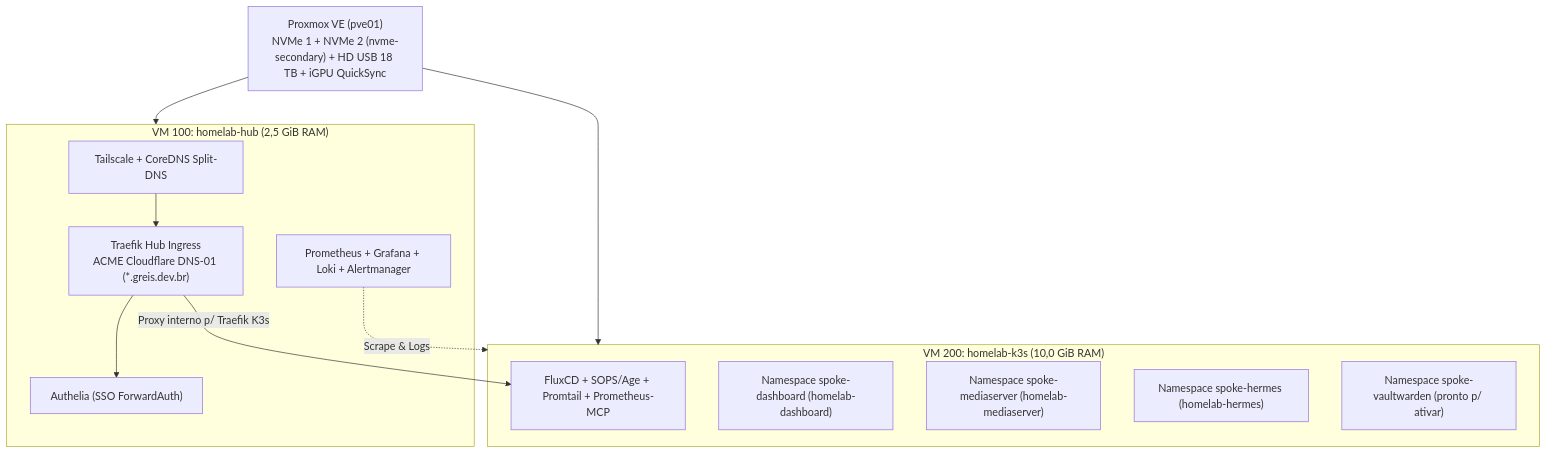
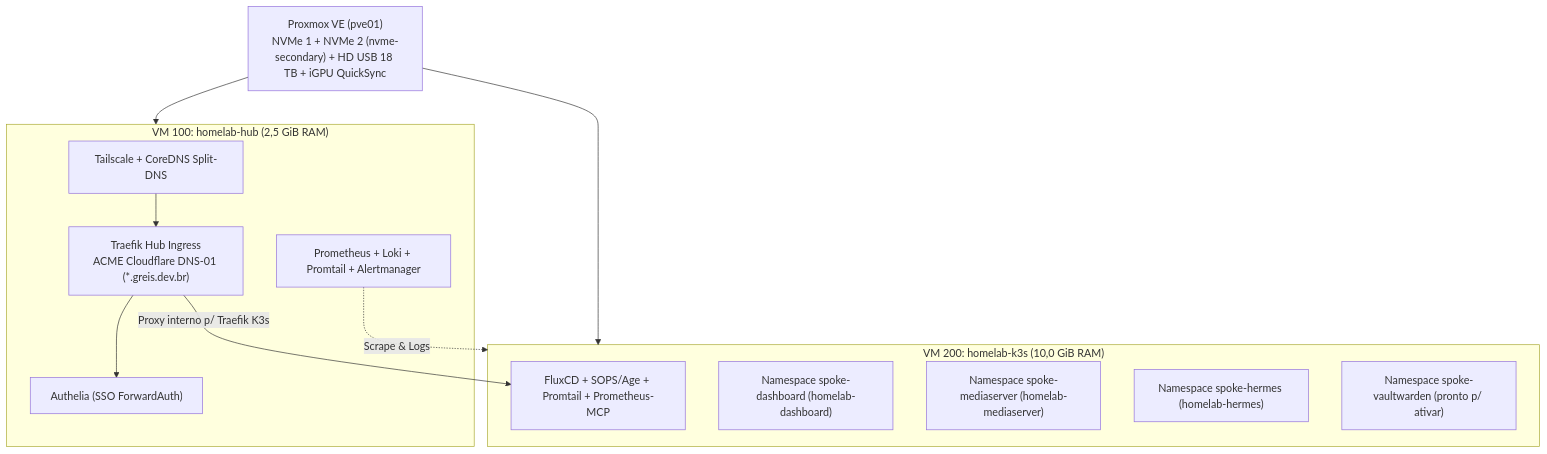
Before and after one commit to reisguilherme/homelab-platform: the diagram in README.md, drawn with Mermaid. The commit also changed other lines of this file and 7 other files, not shown here.

````diff
--- a/README.md
+++ b/README.md
@@ -10,23 +10,23 @@
 ```mermaid
 flowchart TB
     PVE["Proxmox VE (pve01)<br/>NVMe 1 + NVMe 2 (nvme-secondary) + HD USB 18 TB + iGPU QuickSync"]
     subgraph HUB["VM 100: homelab-hub (2,5 GiB RAM)"]
         TS["Tailscale + CoreDNS Split-DNS"]
         TR["Traefik Hub Ingress<br/>ACME Cloudflare DNS-01 (*.greis.dev.br)"]
         SSO["Authelia (SSO ForwardAuth)"]
-        OBS["Prometheus + Grafana + Loki + Alertmanager"]
+        OBS["Prometheus + Loki + Promtail + Alertmanager"]
     end
     subgraph K3S["VM 200: homelab-k3s (10,0 GiB RAM)"]
         FLUX["FluxCD + SOPS/Age + Promtail + Prometheus-MCP"]
         S0["Namespace spoke-dashboard (homelab-dashboard)"]
         S1["Namespace spoke-mediaserver (homelab-mediaserver)"]
         S2["Namespace spoke-hermes (homelab-hermes)"]
         S3["Namespace spoke-vaultwarden (pronto p/ ativar)"]
     end
     PVE --> HUB
     PVE --> K3S
     TS --> TR
     TR --> SSO
     TR -->|"Proxy interno p/ Traefik K3s"| FLUX
     OBS -.->|"Scrape & Logs"| K3S
 ```
````
